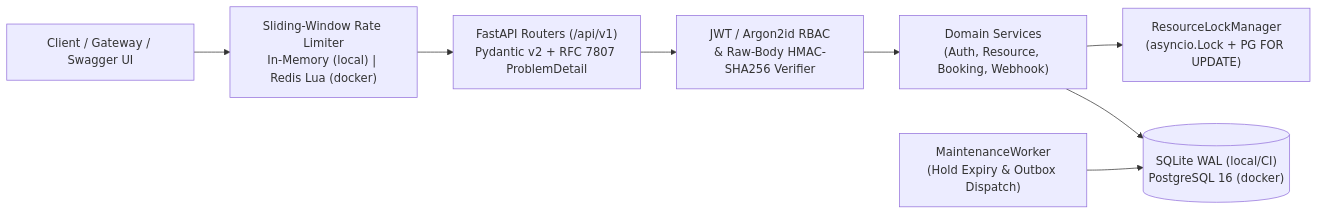
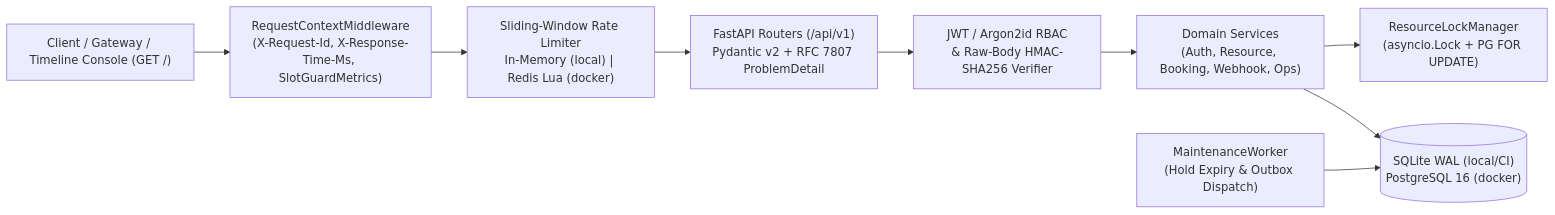
Before and after one commit to bachiep/slotguard-booking-api: the first of 2 diagrams in README.md, drawn with Mermaid. The commit also changed other lines of this file and 29 other files, not shown here.

Commit message:
feat(v2): add request context middleware, metrics summary, outbox inspector, timeline console, and load benchmarks (#18)

````diff
--- a/README.md
+++ b/README.md
@@ -28,10 +28,11 @@
 ```mermaid
 flowchart LR
-    Client["Client / Gateway / Swagger UI"] --> RateLimit["Sliding-Window Rate Limiter<br/>In-Memory (local) | Redis Lua (docker)"]
+    Client["Client / Gateway / Timeline Console (GET /)"] --> Middleware["RequestContextMiddleware<br/>(X-Request-Id, X-Response-Time-Ms, SlotGuardMetrics)"]
+    Middleware --> RateLimit["Sliding-Window Rate Limiter<br/>In-Memory (local) | Redis Lua (docker)"]
     RateLimit --> Router["FastAPI Routers (/api/v1)<br/>Pydantic v2 + RFC 7807 ProblemDetail"]
     Router --> Security["JWT / Argon2id RBAC<br/>& Raw-Body HMAC-SHA256 Verifier"]
-    Security --> Services["Domain Services<br/>(Auth, Resource, Booking, Webhook)"]
+    Security --> Services["Domain Services<br/>(Auth, Resource, Booking, Webhook, Ops)"]
     Services --> Lock["ResourceLockManager<br/>(asyncio.Lock + PG FOR UPDATE)"]
     Services --> DB[("SQLite WAL (local/CI)<br/>PostgreSQL 16 (docker)")]
     Worker["MaintenanceWorker<br/>(Hold Expiry & Outbox Dispatch)"] --> DB
 ```
````
